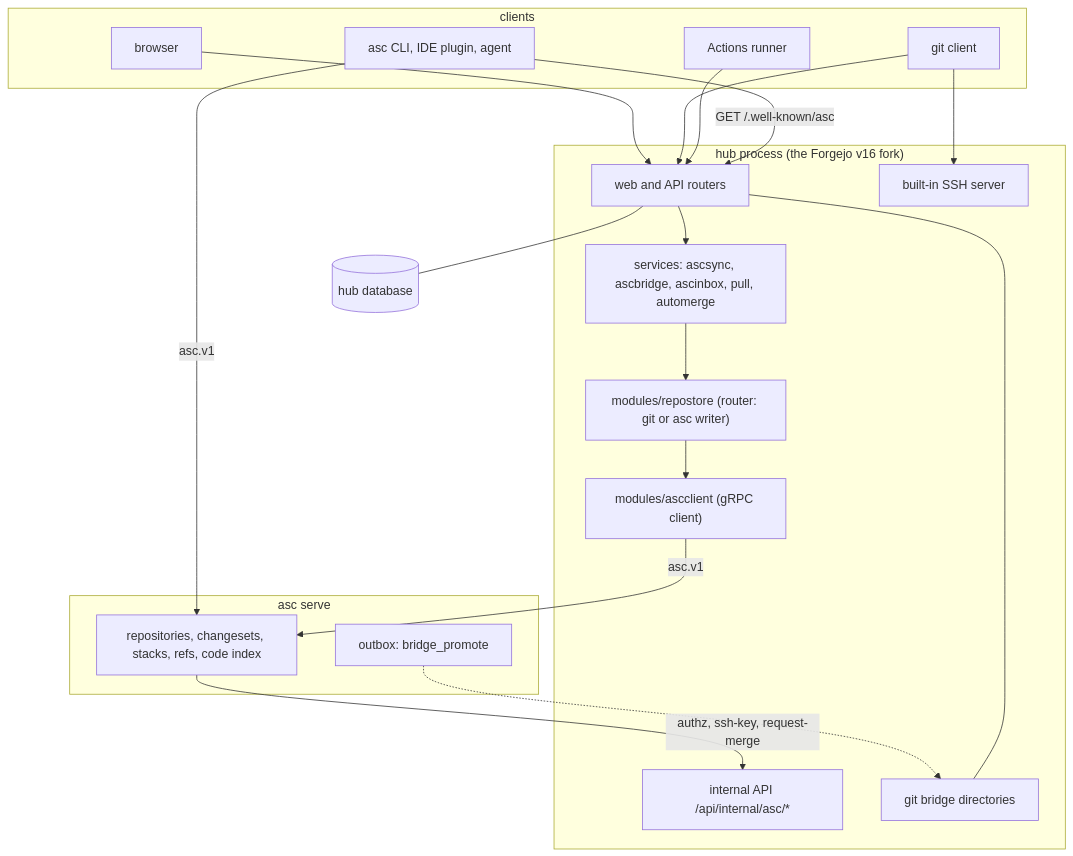
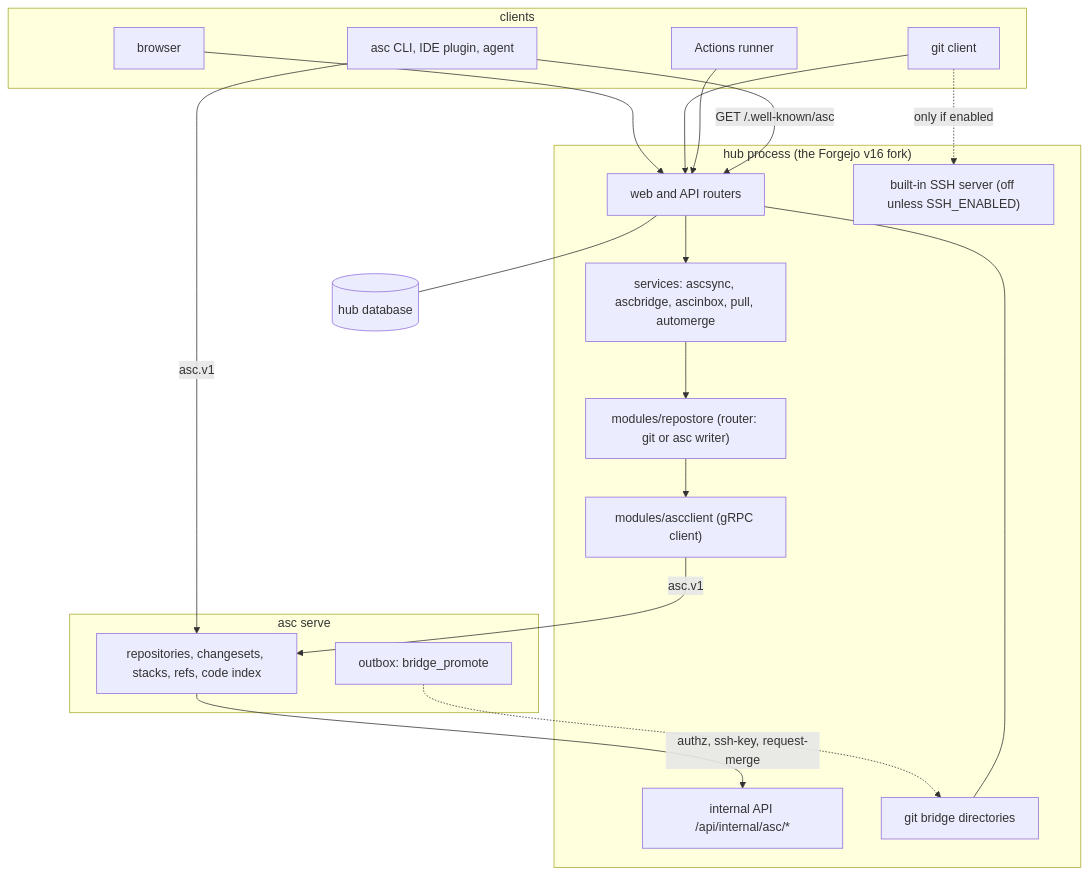
One commit to Jordan-Hall/asc-hub changed the diagram in docs/asc/ARCHITECTURE.md. Above: the diagram before and after it, drawn with Mermaid. The commit also changed other lines of this file and 5 other files, not shown here.

Commit message:
docs: HTTPS-only deployment and connect instructions; SSH is an optional, documented opt-in; no SSH port in the examples

````diff
--- a/docs/asc/ARCHITECTURE.md
+++ b/docs/asc/ARCHITECTURE.md
@@ -11,34 +11,34 @@
 ```mermaid
 flowchart TB
     subgraph clients
         B[browser]
         A["asc CLI, IDE plugin, agent"]
         G[git client]
         R[Actions runner]
     end
     subgraph hub["hub process (the Forgejo v16 fork)"]
         WEB["web and API routers"]
         INT["internal API /api/internal/asc/*"]
-        SSHS["built-in SSH server"]
+        SSHS["built-in SSH server (off unless SSH_ENABLED)"]
         SVC["services: ascsync, ascbridge, ascinbox, pull, automerge"]
         RS["modules/repostore (router: git or asc writer)"]
         CL["modules/ascclient (gRPC client)"]
         BR["git bridge directories"]
     end
     DB[(hub database)]
     subgraph asc["asc serve"]
         ST["repositories, changesets, stacks, refs, code index"]
         OUT["outbox: bridge_promote"]
     end
     B --> WEB
     G --> WEB
-    G --> SSHS
+    G -.->|"only if enabled"| SSHS
     R --> WEB
     A -->|"GET /.well-known/asc"| WEB
     A -->|asc.v1| ST
     WEB --> SVC --> RS --> CL -->|asc.v1| ST
     ST -->|authz, ssh-key, request-merge| INT
     WEB --- DB
     OUT -.-> BR
     WEB --- BR
 ```
````
